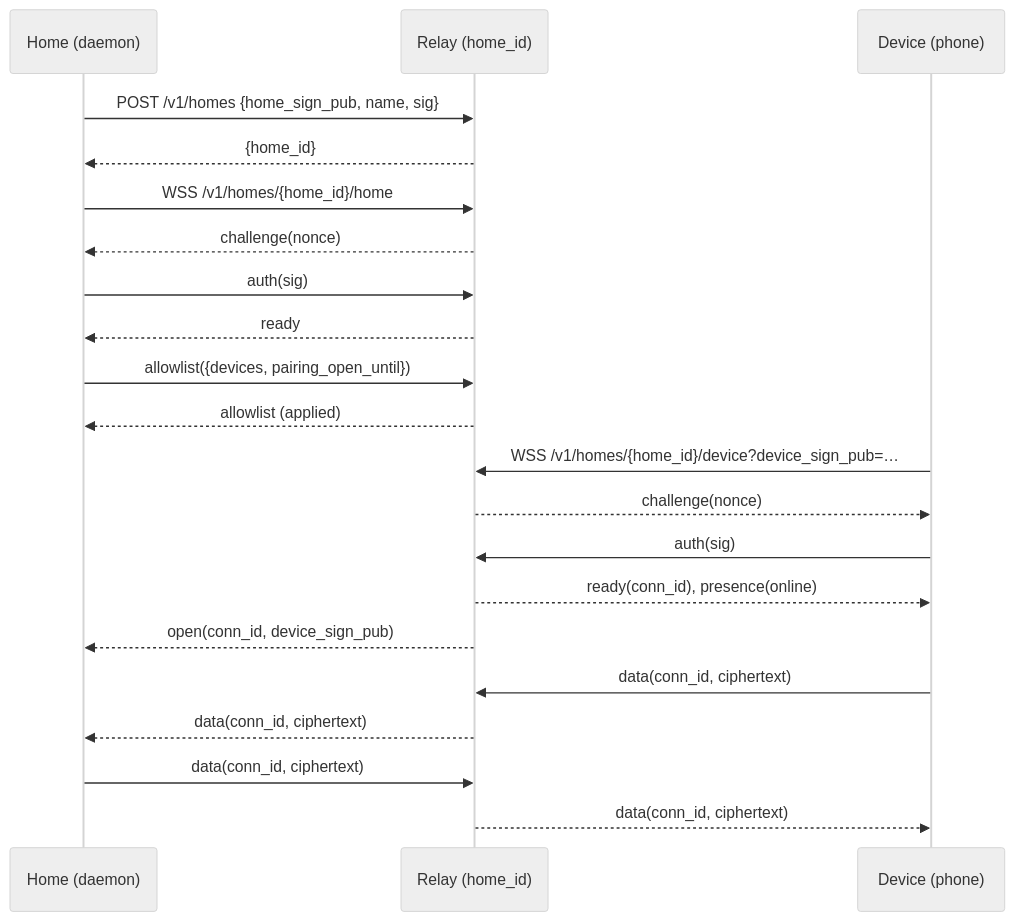
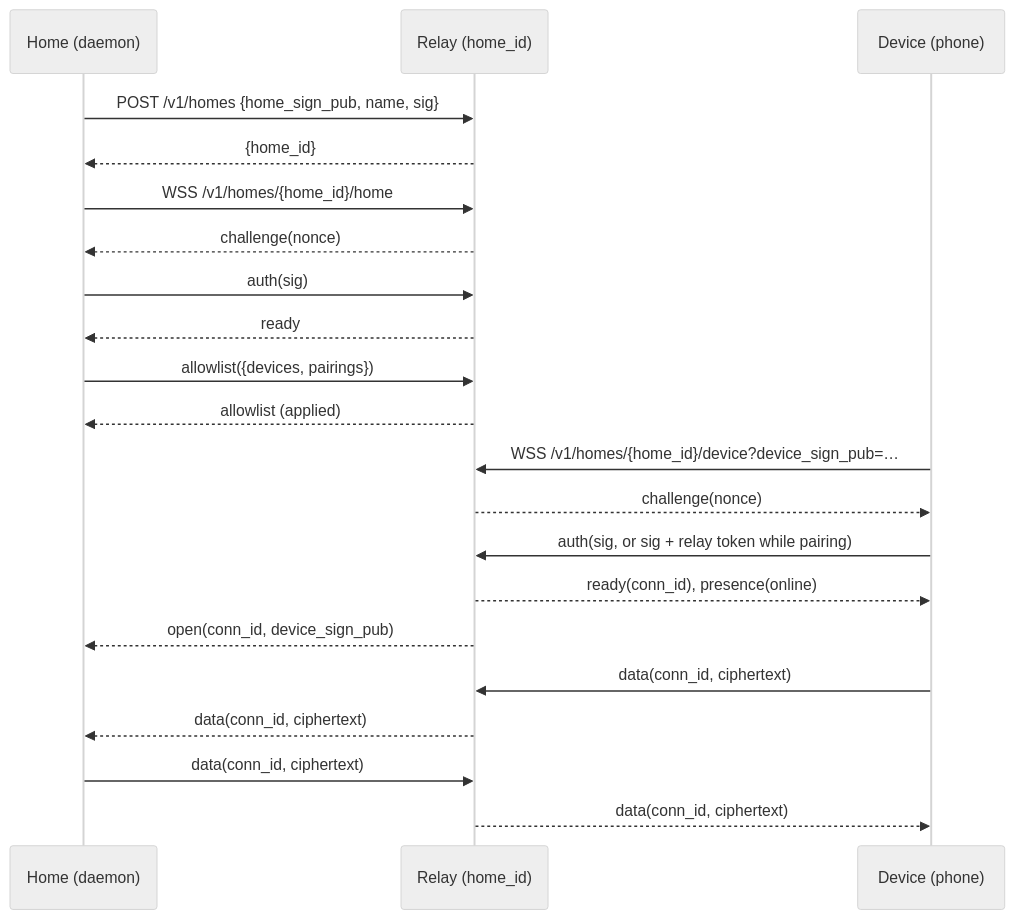
Before and after one commit to SolenesInc/attn: the diagram in docs/internal/relay-contract.md, drawn with Mermaid (neutral theme). The commit also changed other lines of this file and 2 other files, not shown here.

First line of the commit message:
Add the relay token to the Cloud Relay contract and its suite

````diff
--- a/docs/internal/relay-contract.md
+++ b/docs/internal/relay-contract.md
@@ -19,23 +19,23 @@
 ```mermaid
 sequenceDiagram
   participant H as Home (daemon)
   participant R as Relay (home_id)
   participant D as Device (phone)
   H->>R: POST /v1/homes {home_sign_pub, name, sig}
   R-->>H: {home_id}
   H->>R: WSS /v1/homes/{home_id}/home
   R-->>H: challenge(nonce)
   H->>R: auth(sig)
   R-->>H: ready
-  H->>R: allowlist({devices, pairing_open_until})
+  H->>R: allowlist({devices, pairings})
   R-->>H: allowlist (applied)
   D->>R: WSS /v1/homes/{home_id}/device?device_sign_pub=…
   R-->>D: challenge(nonce)
-  D->>R: auth(sig)
+  D->>R: auth(sig, or sig + relay token while pairing)
   R-->>D: ready(conn_id), presence(online)
   R-->>H: open(conn_id, device_sign_pub)
   D->>R: data(conn_id, ciphertext)
   R-->>H: data(conn_id, ciphertext)
   H->>R: data(conn_id, ciphertext)
   R-->>D: data(conn_id, ciphertext)
 ```
````
